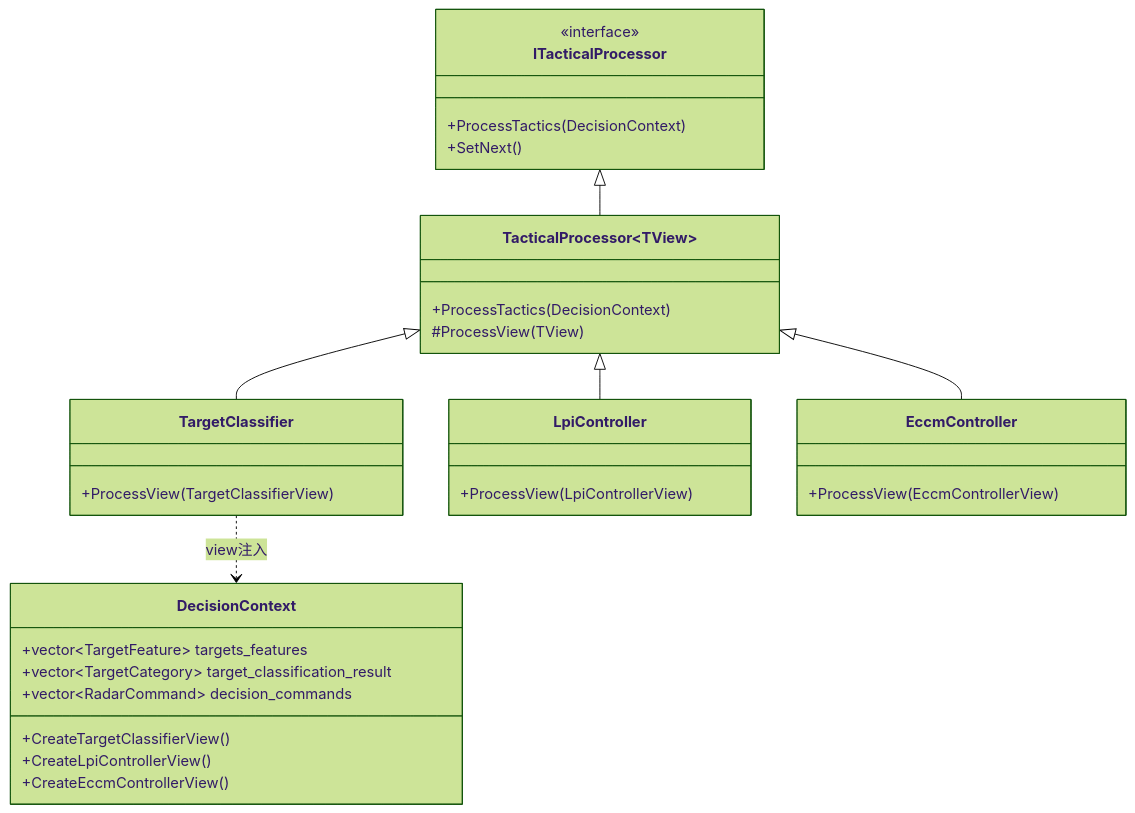
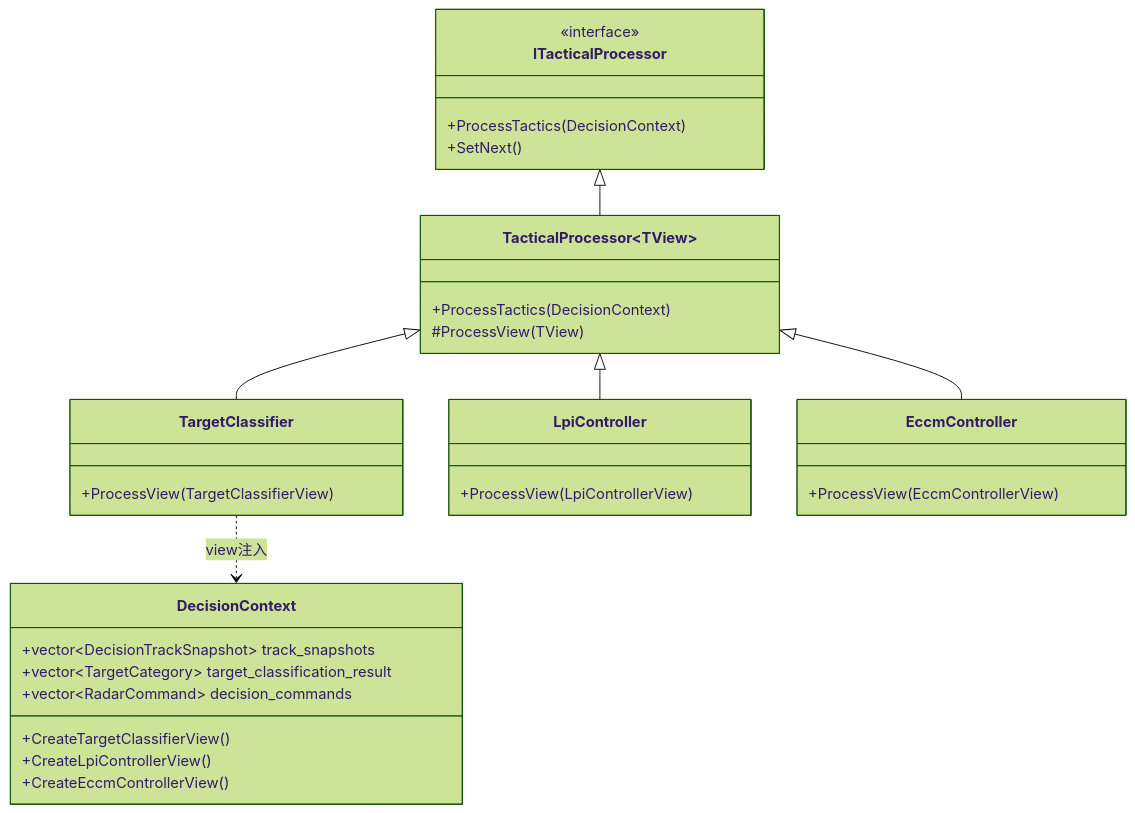
One commit to boilwater-3/1q changed the third of 3 diagrams in doc/architecture/decision/decision-architecture.md. Above: the diagram before and after it, drawn with Mermaid (forest theme). The commit also changed other lines of this file and 36 other files, not shown here.

````diff
--- a/doc/architecture/decision/decision-architecture.md
+++ b/doc/architecture/decision/decision-architecture.md
@@ -105,41 +105,41 @@
 ```mermaid
 classDiagram
     class DecisionContext {
-        +vector~TargetFeature~ targets_features
+        +vector~DecisionTrackSnapshot~ track_snapshots
         +vector~TargetCategory~ target_classification_result
         +vector~RadarCommand~ decision_commands
         +CreateTargetClassifierView()
         +CreateLpiControllerView()
         +CreateEccmControllerView()
     }
     
     class ITacticalProcessor {
         <<interface>>
         +ProcessTactics(DecisionContext)
         +SetNext()
     }
 
     class TacticalProcessor~TView~ {
         +ProcessTactics(DecisionContext)
         #ProcessView(TView)
     }
 
     class TargetClassifier {
         +ProcessView(TargetClassifierView)
     }
     
     class LpiController {
         +ProcessView(LpiControllerView)
     }
     
     class EccmController {
         +ProcessView(EccmControllerView)
     }
 
     ITacticalProcessor <|-- TacticalProcessor
     TacticalProcessor <|-- TargetClassifier
     TacticalProcessor <|-- LpiController
     TacticalProcessor <|-- EccmController
     
     TargetClassifier ..> DecisionContext : view注入
 ```
````
